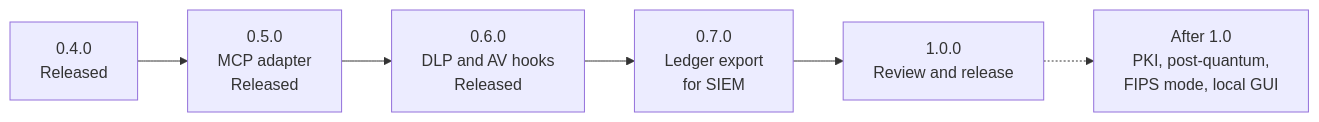
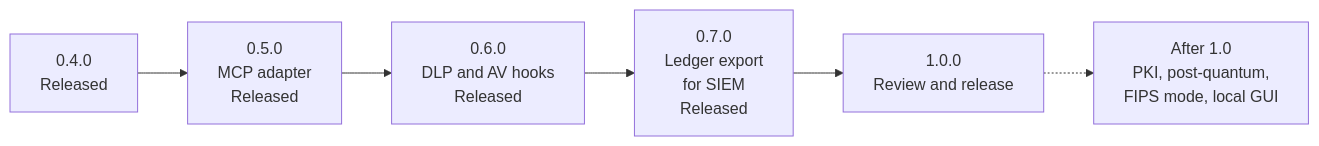
Before and after one commit to Insomniac-VibeLabs/two-key: the fourth of 4 diagrams in README.md, drawn with Mermaid. The commit also changed other lines of this file and 13 other files, not shown here.

First line of the commit message:
Release 0.7.0: the SIEM export, the agent-account check

````diff
--- a/README.md
+++ b/README.md
@@ -573,8 +573,8 @@
 ```mermaid
 flowchart LR
   r04["0.4.0<br/>Released"] --> r05["0.5.0<br/>MCP adapter<br/>Released"]
   r05 --> r06["0.6.0<br/>DLP and AV hooks<br/>Released"]
-  r06 --> r07["0.7.0<br/>Ledger export<br/>for SIEM"]
+  r06 --> r07["0.7.0<br/>Ledger export<br/>for SIEM<br/>Released"]
   r07 --> r10["1.0.0<br/>Review and release"]
   r10 -.-> after["After 1.0<br/>PKI, post-quantum,<br/>FIPS mode, local GUI"]
 ```
````
